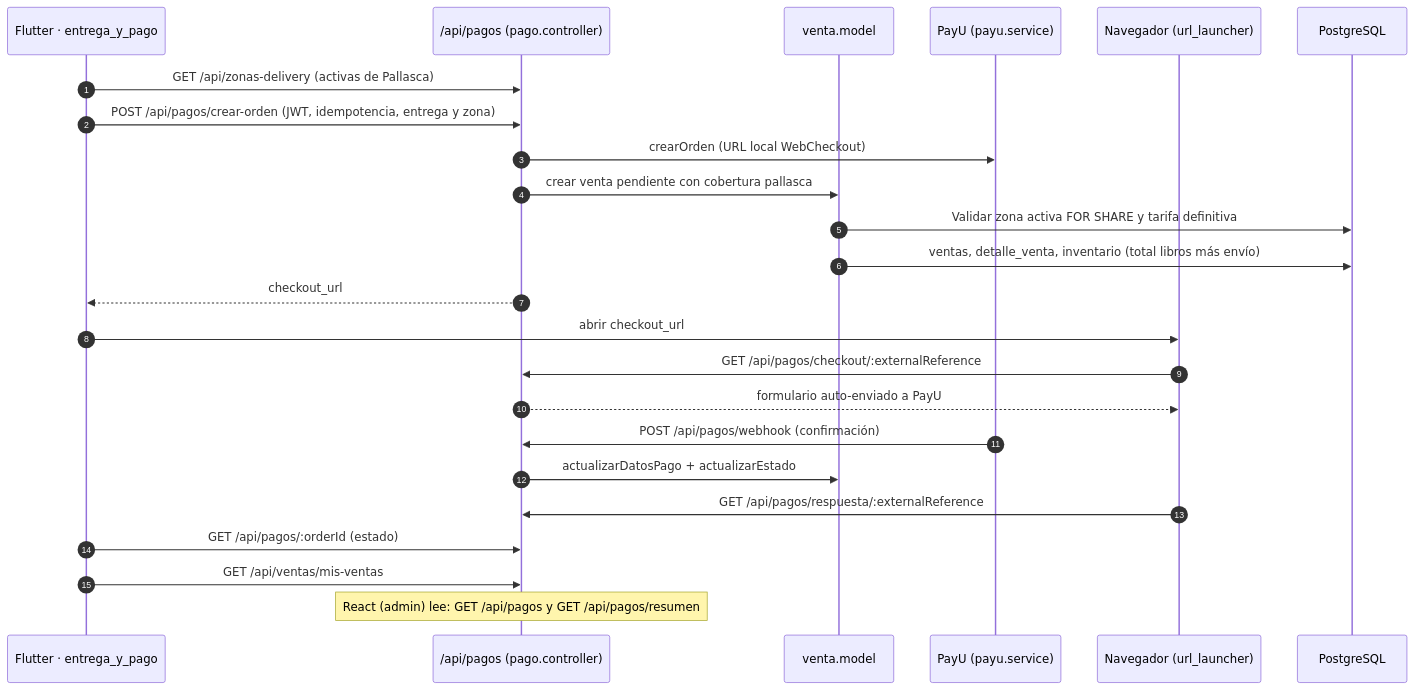
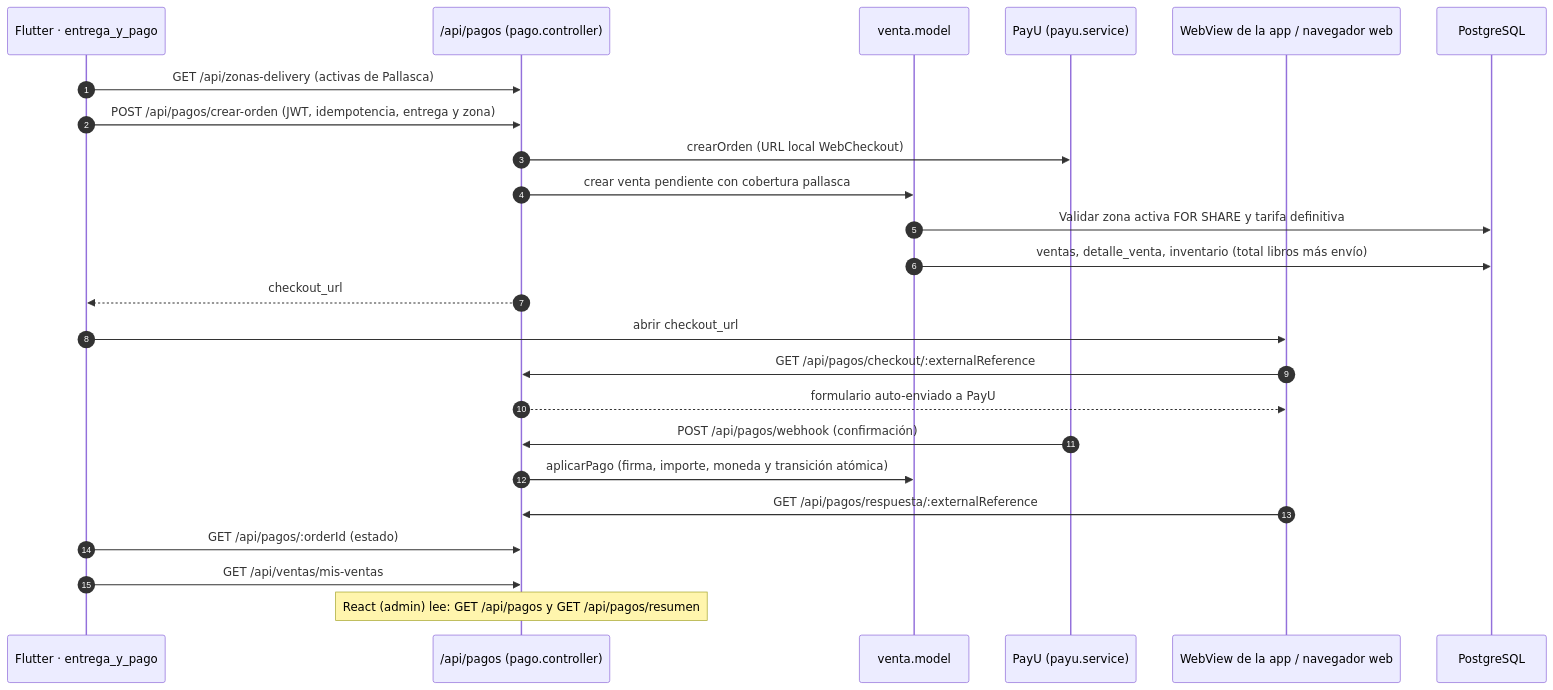
Before and after one commit to jimenezvegaedinson7-dot/librer-a: the diagram in docs/architecture/graphs/payments-flow.mmd, drawn with Mermaid. The commit also changed 79 other files, not shown here.

Commit message:
fix(compras): coordinar cancelaciones, pagos y sesiones entre web y app

```diff
--- a/docs/architecture/graphs/payments-flow.mmd
+++ b/docs/architecture/graphs/payments-flow.mmd
@@ -1,25 +1,25 @@
-%% Generado 2026-10-09 desde el código real (actualizar-mapa.mjs)
+%% Generado 2026-10-12 desde el código real (actualizar-mapa.mjs)
 sequenceDiagram
     autonumber
     participant F as Flutter · entrega_y_pago
     participant API as /api/pagos (pago.controller)
     participant VM as venta.model
     participant P as PayU (payu.service)
-    participant B as Navegador (url_launcher)
+    participant B as WebView de la app / navegador web
     participant DB as PostgreSQL
     F->>API: GET /api/zonas-delivery (activas de Pallasca)
     F->>API: POST /api/pagos/crear-orden (JWT, idempotencia, entrega y zona)
     API->>P: crearOrden (URL local WebCheckout)
     API->>VM: crear venta pendiente con cobertura pallasca
     VM->>DB: Validar zona activa FOR SHARE y tarifa definitiva
     VM->>DB: ventas, detalle_venta, inventario (total libros más envío)
     API-->>F: checkout_url
     F->>B: abrir checkout_url
     B->>API: GET /api/pagos/checkout/:externalReference
     API-->>B: formulario auto-enviado a PayU
     P->>API: POST /api/pagos/webhook (confirmación)
-    API->>VM: actualizarDatosPago + actualizarEstado
+    API->>VM: aplicarPago (firma, importe, moneda y transición atómica)
     B->>API: GET /api/pagos/respuesta/:externalReference
     F->>API: GET /api/pagos/:orderId (estado)
     F->>API: GET /api/ventas/mis-ventas
     Note over API: React (admin) lee: GET /api/pagos y GET /api/pagos/resumen
```
